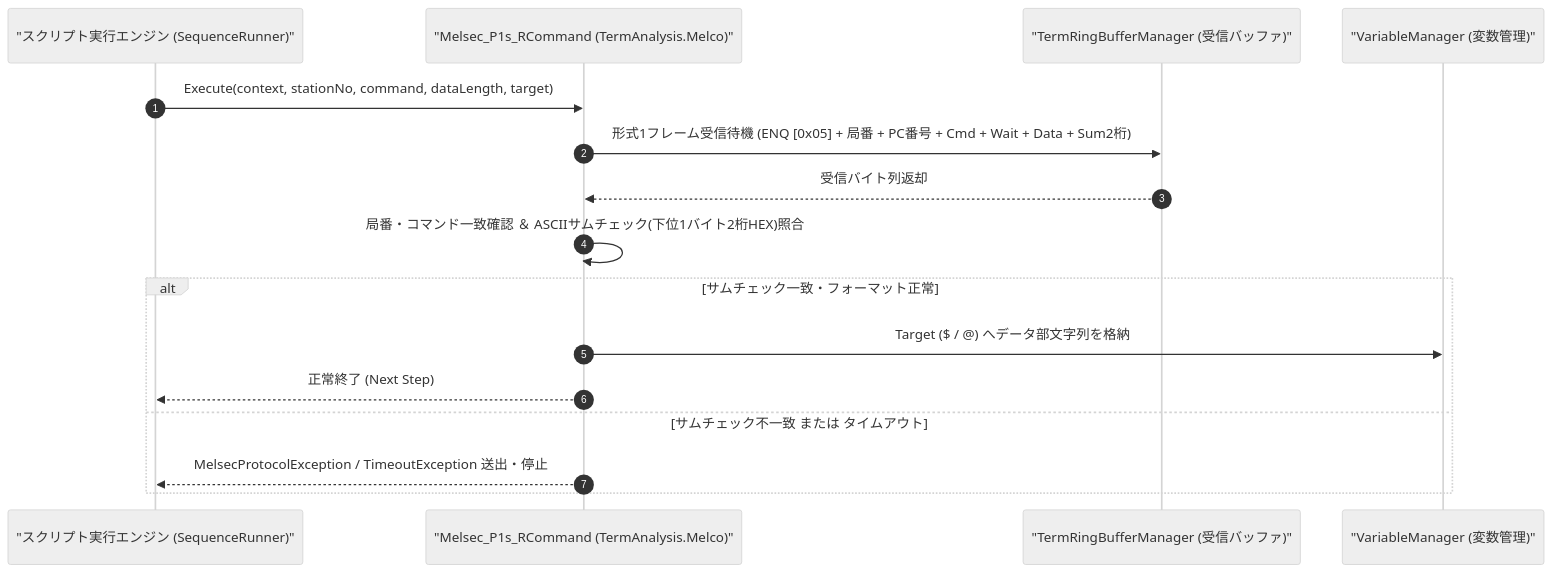
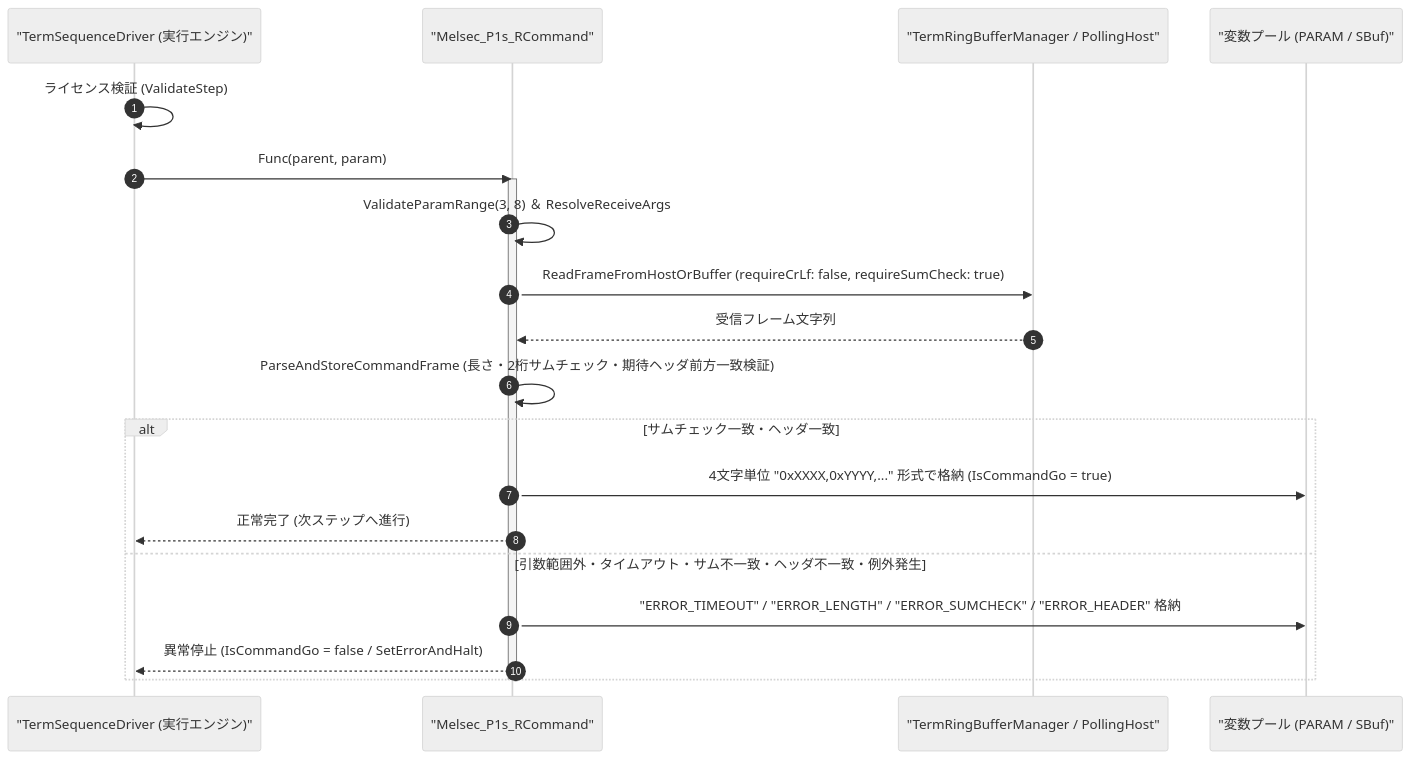
One commit to Monaca-App/TermAddIn changed the diagram in Manual/Melco/Melsec_P1s_R.Md. Above: the diagram before and after it, drawn with Mermaid (neutral theme). The commit also changed other lines of this file and 157 other files, not shown here.

````diff
--- a/Manual/Melco/Melsec_P1s_R.Md
+++ b/Manual/Melco/Melsec_P1s_R.Md
@@ -67,19 +75,24 @@
 ```mermaid
 sequenceDiagram
     autonumber
-    participant Script as "スクリプト実行エンジン (SequenceRunner)"
-    participant Cmd as "Melsec_P1s_RCommand (TermAnalysis.Melco)"
-    participant Buf as "TermRingBufferManager (受信バッファ)"
-    participant Var as "VariableManager (変数管理)"
+    participant Driver as "TermSequenceDriver (実行エンジン)"
+    participant Cmd as "Melsec_P1s_RCommand"
+    participant Buf as "TermRingBufferManager / PollingHost"
+    participant Var as "変数プール (PARAM / SBuf)"
 
-    Script->>Cmd: Execute(context, stationNo, command, dataLength, target)
-    Cmd->>Buf: 形式1フレーム受信待機 (ENQ [0x05] + 局番 + PC番号 + Cmd + Wait + Data + Sum2桁)
-    Buf-->>Cmd: 受信バイト列返却
-    Cmd->>Cmd: 局番・コマンド一致確認 ＆ ASCIIサムチェック(下位1バイト2桁HEX)照合
-    alt サムチェック一致・フォーマット正常
-        Cmd->>Var: Target ($ / @) へデータ部文字列を格納
-        Cmd-->>Script: 正常終了 (Next Step)
-    else サムチェック不一致 または タイムアウト
-        Cmd-->>Script: MelsecProtocolException / TimeoutException 送出・停止
+    Driver->>Driver: ライセンス検証 (ValidateStep)
+    Driver->>Cmd: Func(parent, param)
+    activate Cmd
+    Cmd->>Cmd: ValidateParamRange(3, 8) ＆ ResolveReceiveArgs
+    Cmd->>Buf: ReadFrameFromHostOrBuffer (requireCrLf: false, requireSumCheck: true)
+    Buf-->>Cmd: 受信フレーム文字列
+    Cmd->>Cmd: ParseAndStoreCommandFrame (長さ・2桁サムチェック・期待ヘッダ前方一致検証)
+    alt サムチェック一致・ヘッダ一致
+        Cmd->>Var: 4文字単位 "0xXXXX,0xYYYY,..." 形式で格納 (IsCommandGo = true)
+        Cmd-->>Driver: 正常完了 (次ステップへ進行)
+    else 引数範囲外・タイムアウト・サム不一致・ヘッダ不一致・例外発生
+        Cmd->>Var: "ERROR_TIMEOUT" / "ERROR_LENGTH" / "ERROR_SUMCHECK" / "ERROR_HEADER" 格納
+        Cmd-->>Driver: 異常停止 (IsCommandGo = false / SetErrorAndHalt)
     end
+    deactivate Cmd
 ```
````
